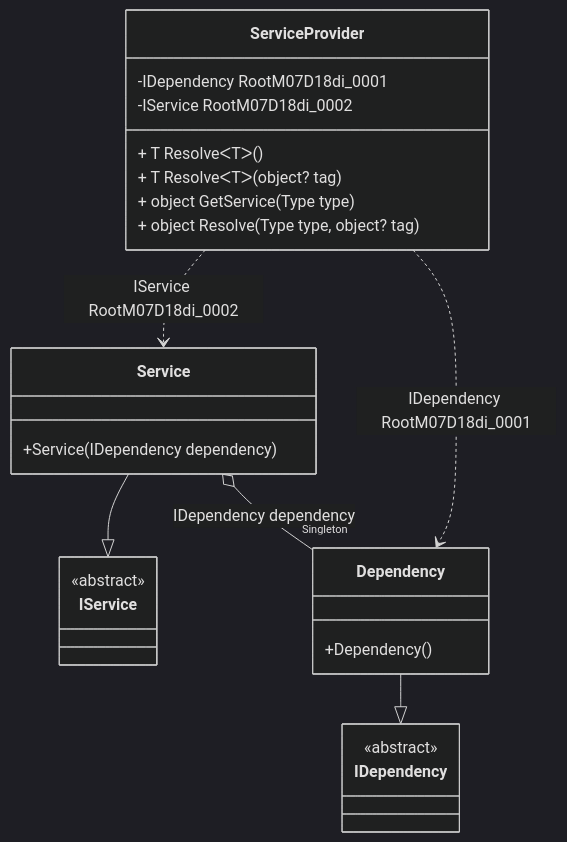
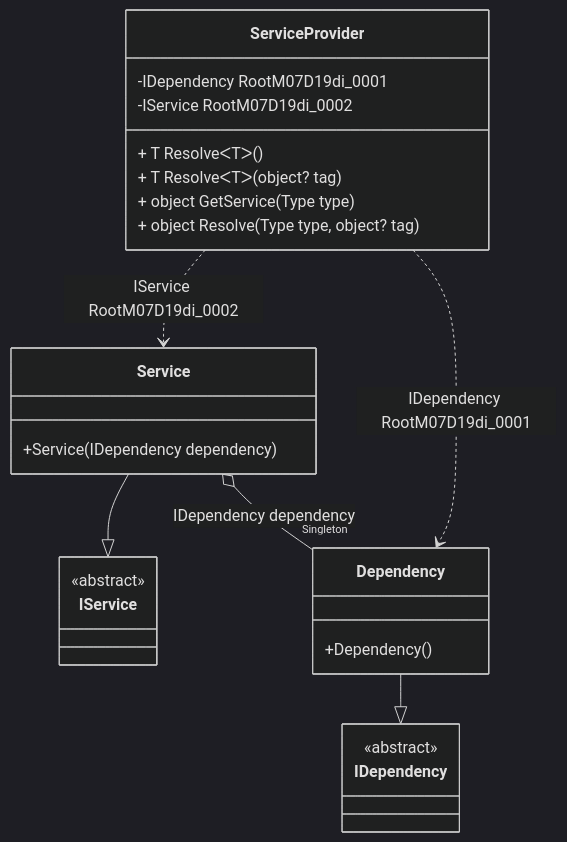
One commit to DevTeam/Pure.DI changed the diagram in readme/service-provider.md. Above: the diagram before and after it, drawn with Mermaid (dark theme). The commit also changed other lines of this file and 65 other files, not shown here.

````diff
--- a/readme/service-provider.md
+++ b/readme/service-provider.md
@@ -50,28 +50,28 @@
 ```mermaid
 classDiagram
   class ServiceProvider {
-    -IDependency RootM07D18di_0001
-    -IService RootM07D18di_0002
+    -IDependency RootM07D19di_0001
+    -IService RootM07D19di_0002
     + T ResolveᐸTᐳ()
     + T ResolveᐸTᐳ(object? tag)
     + object GetService(Type type)
     + object Resolve(Type type, object? tag)
   }
   Service --|> IService : 
   class Service {
     +Service(IDependency dependency)
   }
   Dependency --|> IDependency : 
   class Dependency {
     +Dependency()
   }
   class IService {
     <<abstract>>
   }
   class IDependency {
     <<abstract>>
   }
   Service o--  "Singleton" Dependency : IDependency dependency
-  ServiceProvider ..> Dependency : IDependency RootM07D18di_0001
-  ServiceProvider ..> Service : IService RootM07D18di_0002
+  ServiceProvider ..> Dependency : IDependency RootM07D19di_0001
+  ServiceProvider ..> Service : IService RootM07D19di_0002
 ```
````
